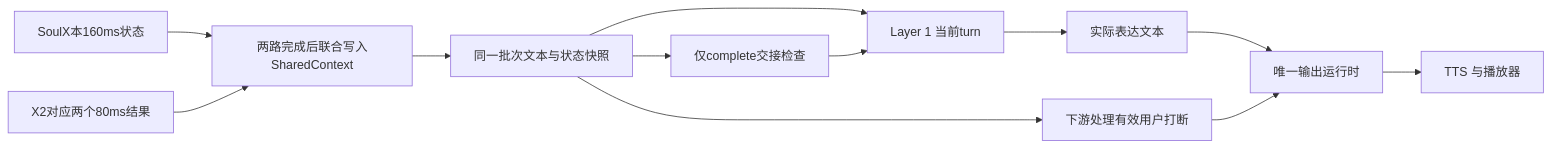
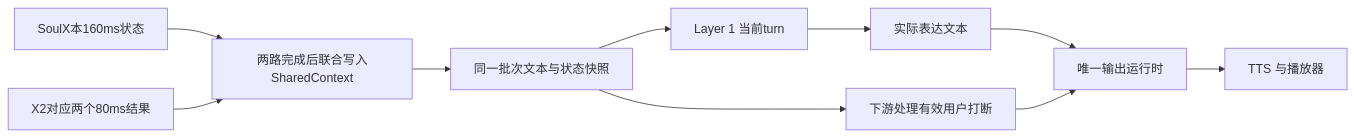
One commit to Vitalrubbish/InterClarify changed the diagram in docs/research_design/architecture.md. Above: the diagram before and after it, drawn with Mermaid. The commit also changed other lines of this file and 27 other files, not shown here.

````diff
--- a/docs/research_design/architecture.md
+++ b/docs/research_design/architecture.md
@@ -73,14 +73,12 @@
 ```mermaid
 flowchart LR
     S[SoulX本160ms状态] --> B[两路完成后联合写入SharedContext]
     X[X2对应两个80ms结果] --> B
     B --> N[同一批次文本与状态快照]
     N --> L[Layer 1 当前turn]
-    N --> C[仅complete交接检查]
-    C --> L
     L --> F[实际表达文本]
     F --> R[唯一输出运行时]
     N --> I[下游处理有效用户打断]
     I --> R
     R --> T[TTS 与播放器]
 ```
````
